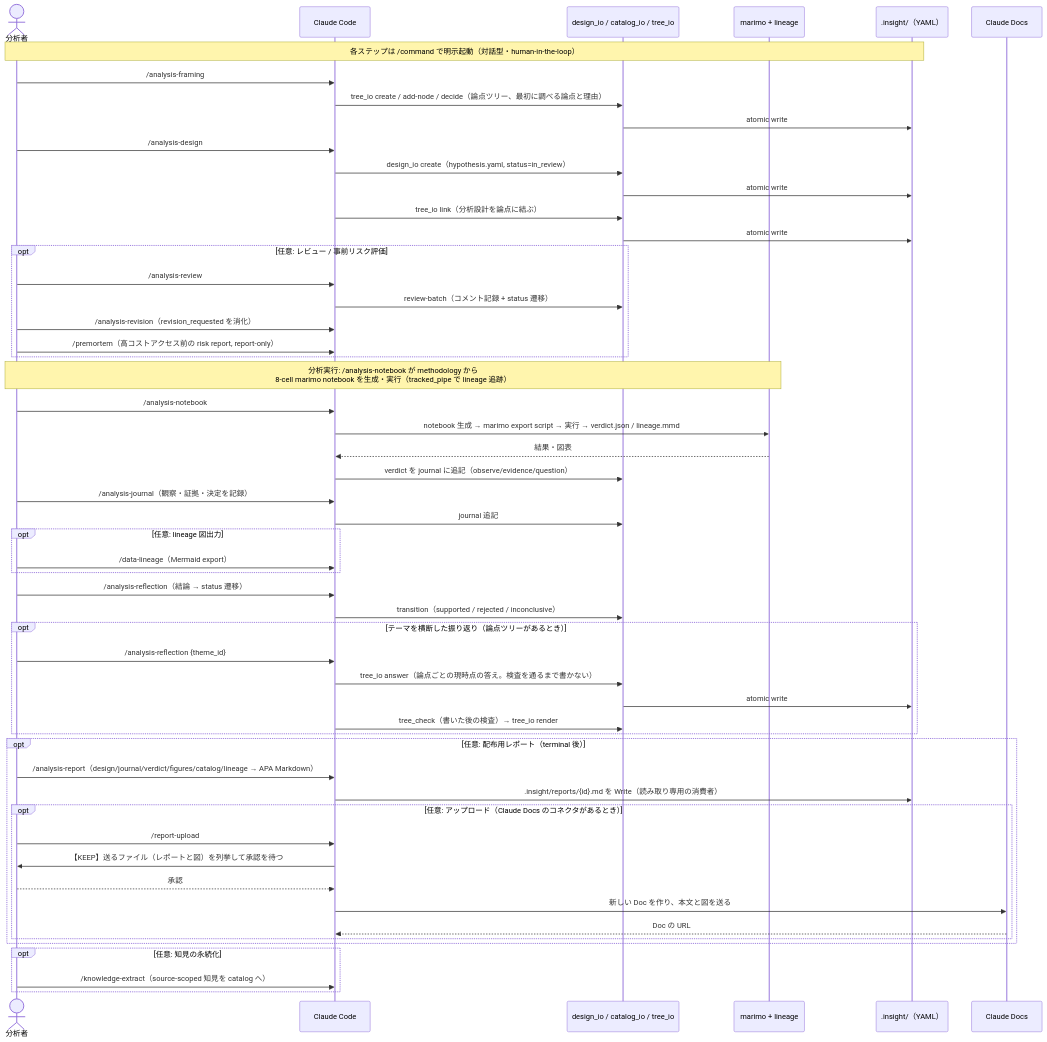
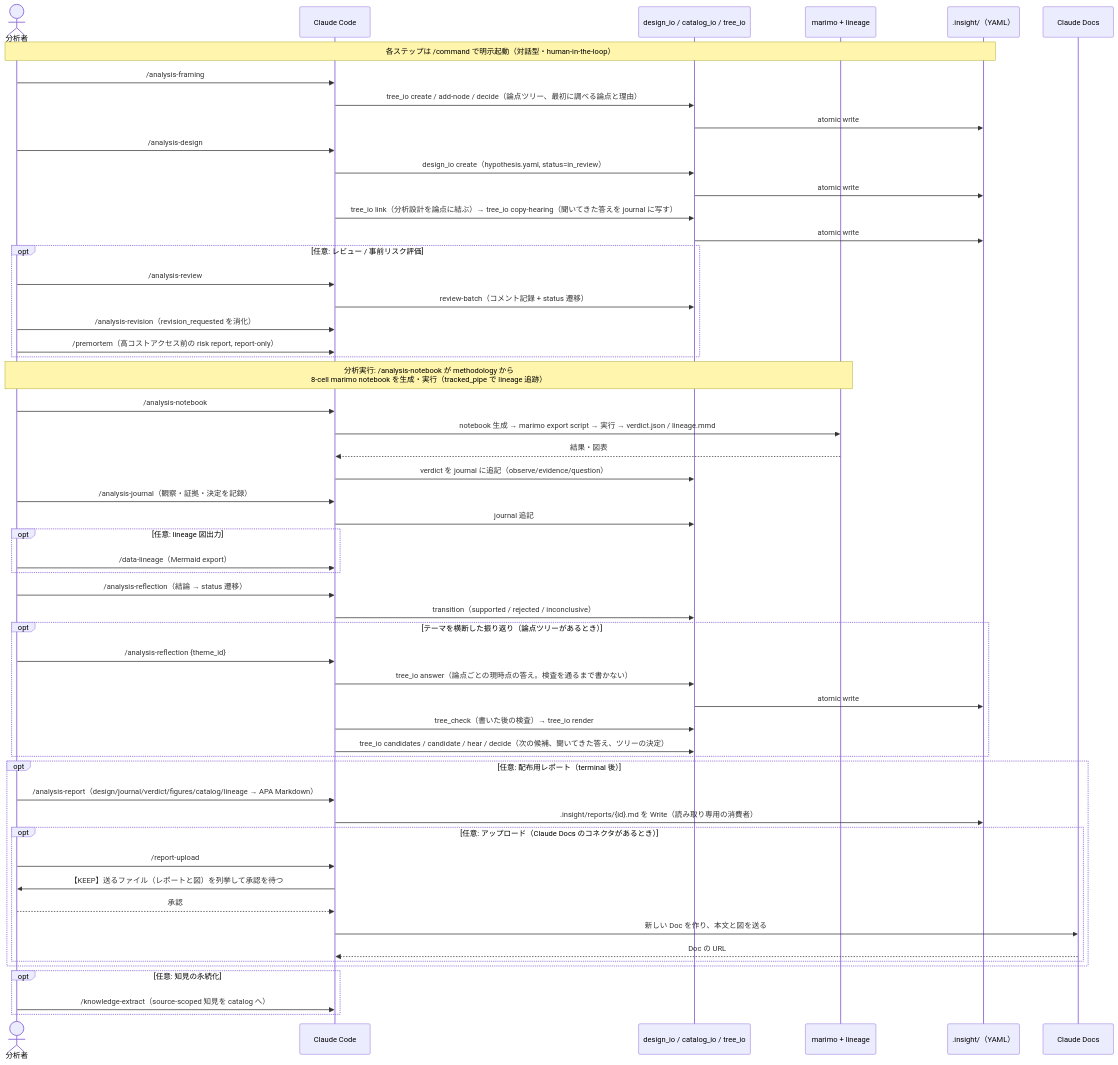
Before and after one commit to etoyama/insight-blueprint-skills: the fourth of 6 diagrams in docs/ARCHITECTURE.md, drawn with Mermaid. The commit also changed other lines of this file and 5 other files, not shown here.

Commit message:
docs(epic-18): Story 18.5 の決定、ADR-0028（hearing）、Test Design Matrix、Story Timeline、用語と CHANGELOG を更新する（#126）

````diff
--- a/docs/ARCHITECTURE.md
+++ b/docs/ARCHITECTURE.md
@@ -255,60 +255,61 @@
 ```mermaid
 sequenceDiagram
     actor U as 分析者
     participant CC as Claude Code
     participant IO as design_io / catalog_io / tree_io
     participant MO as marimo + lineage
     participant FS as .insight/（YAML）
     participant DC as Claude Docs
 
     Note over U,FS: 各ステップは /command で明示起動（対話型・human-in-the-loop）
     U->>CC: /analysis-framing
     CC->>IO: tree_io create / add-node / decide（論点ツリー、最初に調べる論点と理由）
     IO->>FS: atomic write
     U->>CC: /analysis-design
     CC->>IO: design_io create（hypothesis.yaml, status=in_review）
     IO->>FS: atomic write
-    CC->>IO: tree_io link（分析設計を論点に結ぶ）
+    CC->>IO: tree_io link（分析設計を論点に結ぶ）→ tree_io copy-hearing（聞いてきた答えを journal に写す）
     IO->>FS: atomic write
 
     opt 任意: レビュー / 事前リスク評価
         U->>CC: /analysis-review
         CC->>IO: review-batch（コメント記録 + status 遷移）
         U->>CC: /analysis-revision（revision_requested を消化）
         U->>CC: /premortem（高コストアクセス前の risk report, report-only）
     end
 
     Note over U,MO: 分析実行: /analysis-notebook が methodology から<br/>8-cell marimo notebook を生成・実行（tracked_pipe で lineage 追跡）
     U->>CC: /analysis-notebook
     CC->>MO: notebook 生成 → marimo export script → 実行 → verdict.json / lineage.mmd
     MO-->>CC: 結果・図表
     CC->>IO: verdict を journal に追記（observe/evidence/question）
 
     U->>CC: /analysis-journal（観察・証拠・決定を記録）
     CC->>IO: journal 追記
     opt 任意: lineage 図出力
         U->>CC: /data-lineage（Mermaid export）
     end
     U->>CC: /analysis-reflection（結論 → status 遷移）
     CC->>IO: transition（supported / rejected / inconclusive）
     opt テーマを横断した振り返り（論点ツリーがあるとき）
         U->>CC: /analysis-reflection {theme_id}
         CC->>IO: tree_io answer（論点ごとの現時点の答え。検査を通るまで書かない）
         IO->>FS: atomic write
         CC->>IO: tree_check（書いた後の検査）→ tree_io render
+        CC->>IO: tree_io candidates / candidate / hear / decide（次の候補、聞いてきた答え、ツリーの決定）
     end
     opt 任意: 配布用レポート（terminal 後）
         U->>CC: /analysis-report（design/journal/verdict/figures/catalog/lineage → APA Markdown）
         CC->>FS: .insight/reports/{id}.md を Write（読み取り専用の消費者）
         opt 任意: アップロード（Claude Docs のコネクタがあるとき）
             U->>CC: /report-upload
             CC->>U: 【KEEP】送るファイル（レポートと図）を列挙して承認を待つ
             U-->>CC: 承認
             CC->>DC: 新しい Doc を作り、本文と図を送る
             DC-->>CC: Doc の URL
         end
     end
     opt 任意: 知見の永続化
         U->>CC: /knowledge-extract（source-scoped 知見を catalog へ）
     end
 ```
````
